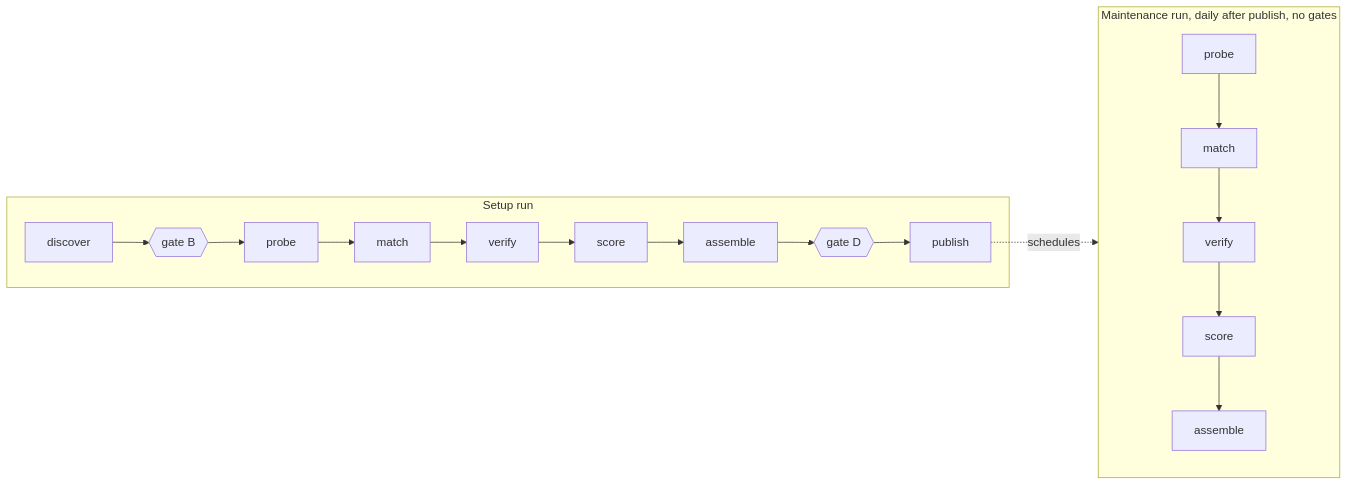
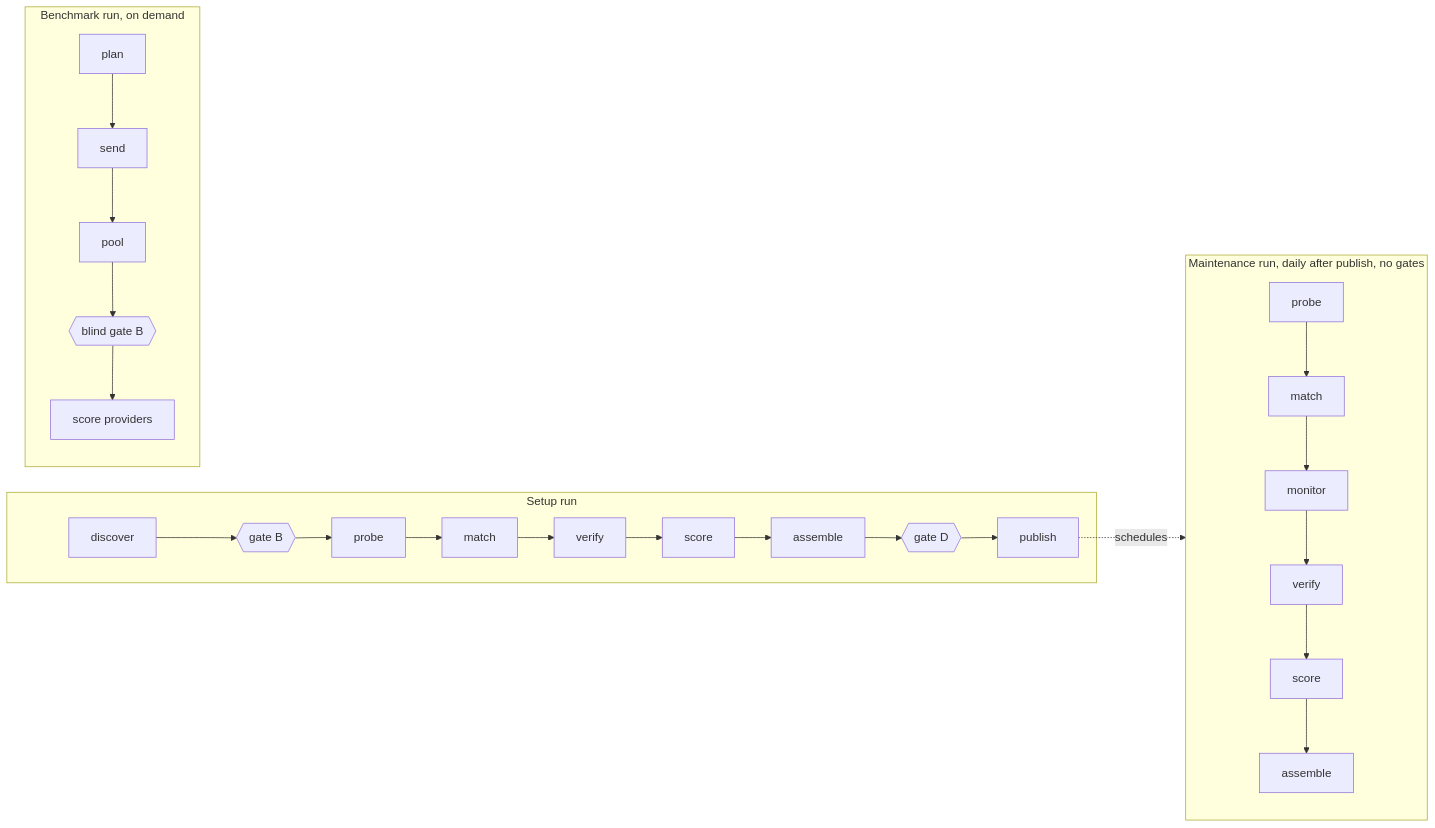
One commit to yzz0806/sourcemap changed the diagram in docs/components/pipeline.md. Above: the diagram before and after it, drawn with Mermaid. The commit also changed other lines of this file and 19 other files, not shown here.

First line of the commit message:
Add search-provider benchmark (centrepiece) and change monitor to the design

````diff
--- a/docs/components/pipeline.md
+++ b/docs/components/pipeline.md
@@ -8,10 +8,13 @@
 ```mermaid
 flowchart LR
   subgraph setup[Setup run]
     discover --> gateB{{gate B}} --> p1[probe] --> m1[match] --> v1[verify] --> s1[score] --> a1[assemble] --> gateD{{gate D}} --> publish
   end
   subgraph maintenance[Maintenance run, daily after publish, no gates]
-    p2[probe] --> m2[match] --> v2[verify] --> s2[score] --> a2[assemble]
+    p2[probe] --> m2[match] --> mon[monitor] --> v2[verify] --> s2[score] --> a2[assemble]
+  end
+  subgraph benchmark[Benchmark run, on demand]
+    plan --> send --> pool --> gateBb{{blind gate B}} --> bscore[score providers]
   end
   publish -.schedules.-> maintenance
 ```
````
